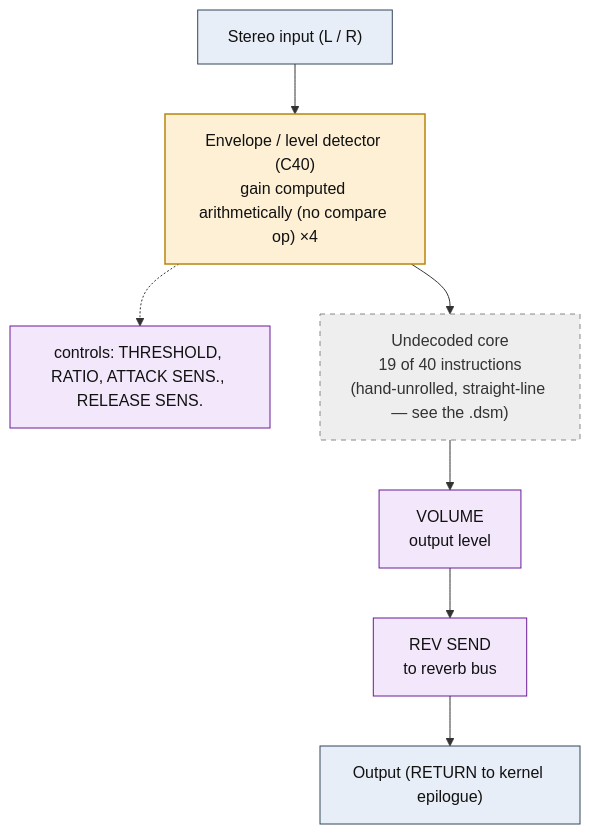
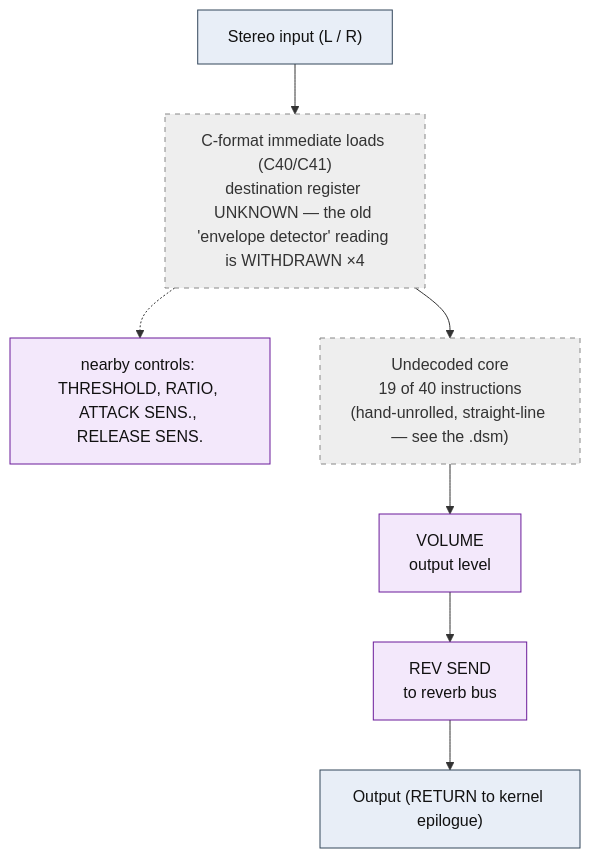
The diagram in dsp/flowcharts/prog36_compressor.md (ArqueologiaDigital/kn5000-roms-disasm), drawn with Mermaid before and after one commit. The commit also changed other lines of this file and 86 other files, not shown here.

````diff
--- a/dsp/flowcharts/prog36_compressor.md
+++ b/dsp/flowcharts/prog36_compressor.md
@@ -12,27 +12,26 @@
 ```mermaid
 flowchart TD
     N0["Stereo input (L / R)"]
-    N1["Envelope / level detector (C40)<br/>gain computed arithmetically (no compare op) &times;4"]
+    N1["C-format immediate loads (C40/C41)<br/>destination register UNKNOWN &mdash; the old 'envelope detector' reading is WITHDRAWN &times;4"]
     N0 --> N1
-    N2["controls: THRESHOLD, RATIO, ATTACK SENS., RELEASE SENS."]
+    N2["nearby controls: THRESHOLD, RATIO, ATTACK SENS., RELEASE SENS."]
     N1 -.-> N2
     N3["Undecoded core<br/>19 of 40 instructions<br/>(hand-unrolled, straight-line &mdash; see the .dsm)"]
     N1 --> N3
     N4["VOLUME<br/>output level"]
     N3 --> N4
     N5["REV SEND<br/>to reverb bus"]
     N4 --> N5
     N6["Output (RETURN to kernel epilogue)"]
     N5 --> N6
 
     classDef io fill:#e8eef7,stroke:#33475b,stroke-width:1px,color:#111;
     classDef proven fill:#d7f0d7,stroke:#2e7d32,stroke-width:2px,color:#111;
     classDef measured fill:#dbe9fb,stroke:#1565c0,stroke-width:1.5px,color:#111;
     classDef inferred fill:#fdf0d5,stroke:#b8860b,stroke-width:1.5px,color:#111;
     classDef open fill:#eeeeee,stroke:#888,stroke-width:1px,color:#333,stroke-dasharray:5 5;
     classDef ctrl fill:#f3e8fb,stroke:#6a1b9a,stroke-width:1px,color:#111;
     class N0,N6 io;
-    class N1 inferred;
+    class N1,N3 open;
     class N2,N4,N5 ctrl;
-    class N3 open;
 ```
````
